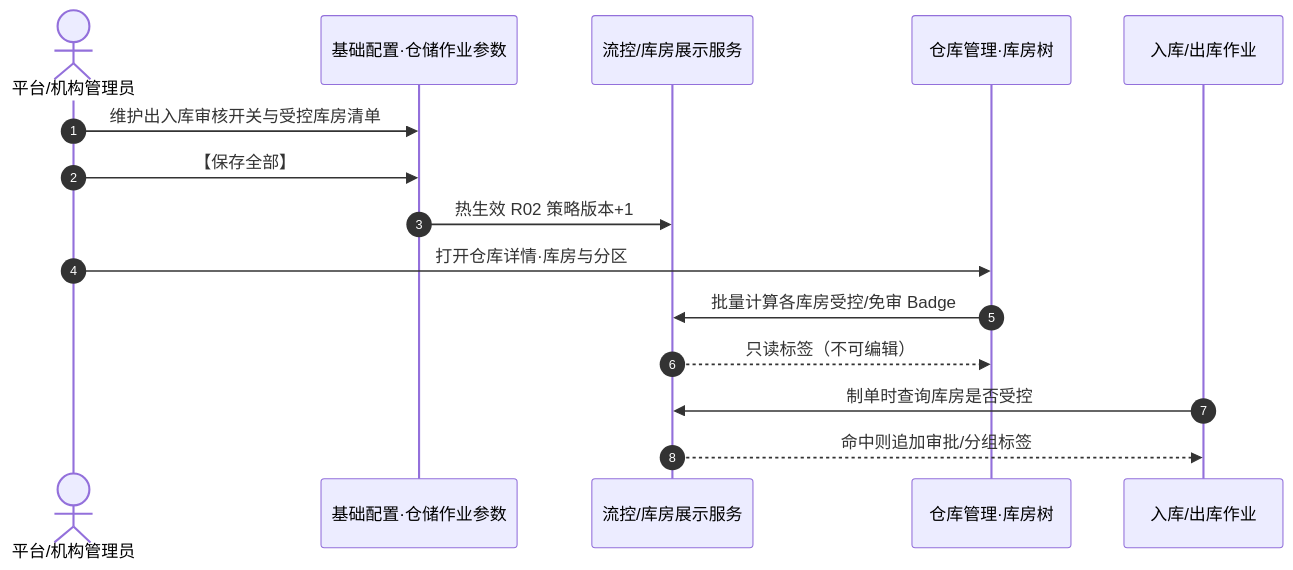
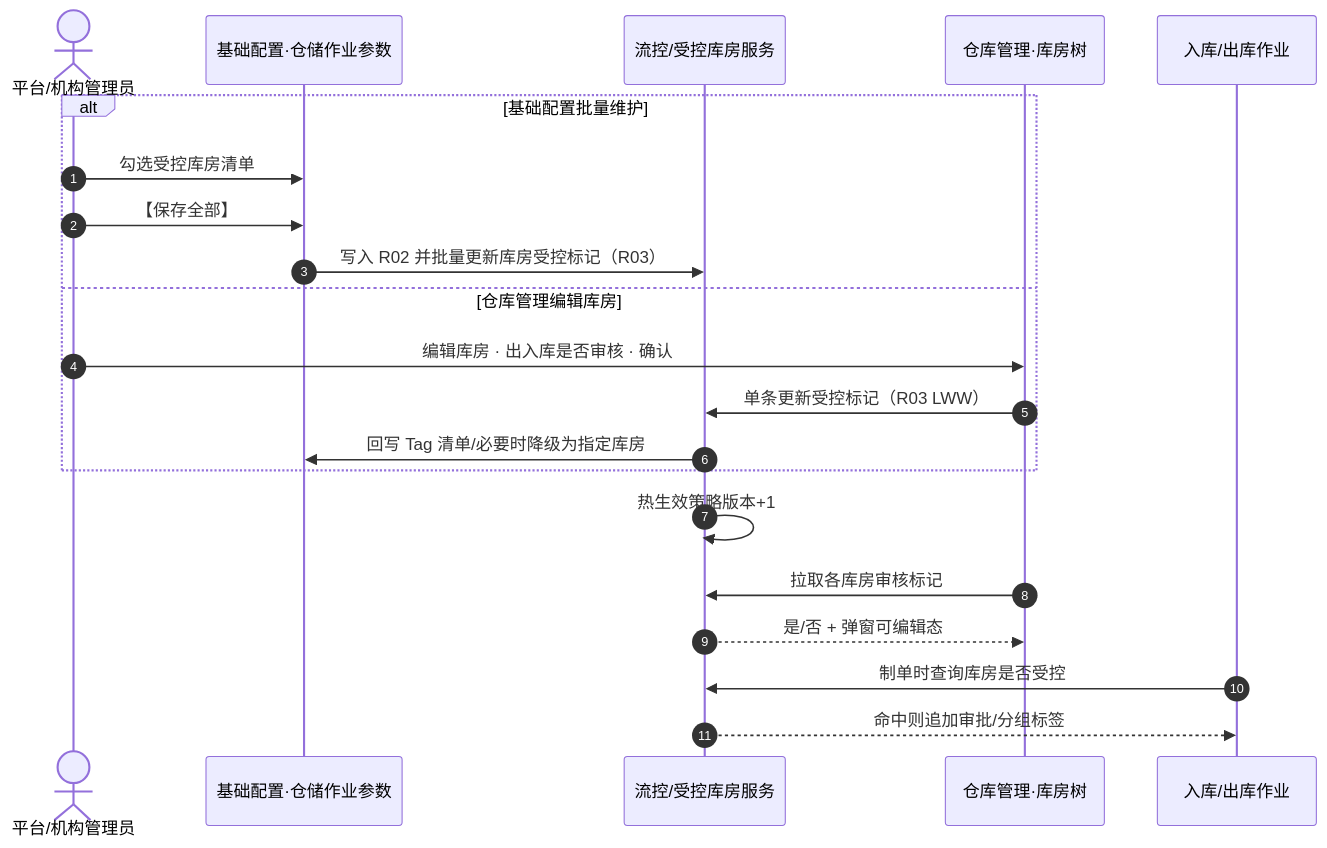
The fourth of 5 diagrams in 02-PRD文档/B-迭代需求/6.3版本（2026.09）/03-仓库管理-仓库管理/仓库管理业务规则规格.md (RobertHuang999/SYZC), drawn with Mermaid before and after one commit. The commit also changed other lines of this file and 163 other files, not shown here.

````diff
--- a/02-PRD文档/B-迭代需求/6.3版本（2026.09）/03-仓库管理-仓库管理/仓库管理业务规则规格.md
+++ b/02-PRD文档/B-迭代需求/6.3版本（2026.09）/03-仓库管理-仓库管理/仓库管理业务规则规格.md
@@ -288,18 +288,24 @@
 ```mermaid
 sequenceDiagram
     autonumber
     actor Admin as 平台/机构管理员
     participant CFG as 基础配置·仓储作业参数
-    participant Svc as 流控/库房展示服务
+    participant Svc as 流控/受控库房服务
     participant WH as 仓库管理·库房树
     participant WMS as 入库/出库作业
 
-    Admin->>CFG: 维护出入库审核开关与受控库房清单
-    Admin->>CFG: 【保存全部】
-    CFG->>Svc: 热生效 R02 策略版本+1
-    Admin->>WH: 打开仓库详情·库房与分区
-    WH->>Svc: 批量计算各库房受控/免审 Badge
-    Svc-->>WH: 只读标签（不可编辑）
+    alt 基础配置批量维护
+        Admin->>CFG: 勾选受控库房清单
+        Admin->>CFG: 【保存全部】
+        CFG->>Svc: 写入 R02 并批量更新库房受控标记（R03）
+    else 仓库管理编辑库房
+        Admin->>WH: 编辑库房 · 出入库是否审核 · 确认
+        WH->>Svc: 单条更新受控标记（R03 LWW）
+        Svc->>CFG: 回写 Tag 清单/必要时降级为指定库房
+    end
+    Svc->>Svc: 热生效策略版本+1
+    WH->>Svc: 拉取各库房审核标记
+    Svc-->>WH: 是/否 + 弹窗可编辑态
     WMS->>Svc: 制单时查询库房是否受控
     Svc-->>WMS: 命中则追加审批/分组标签
 ```
````
